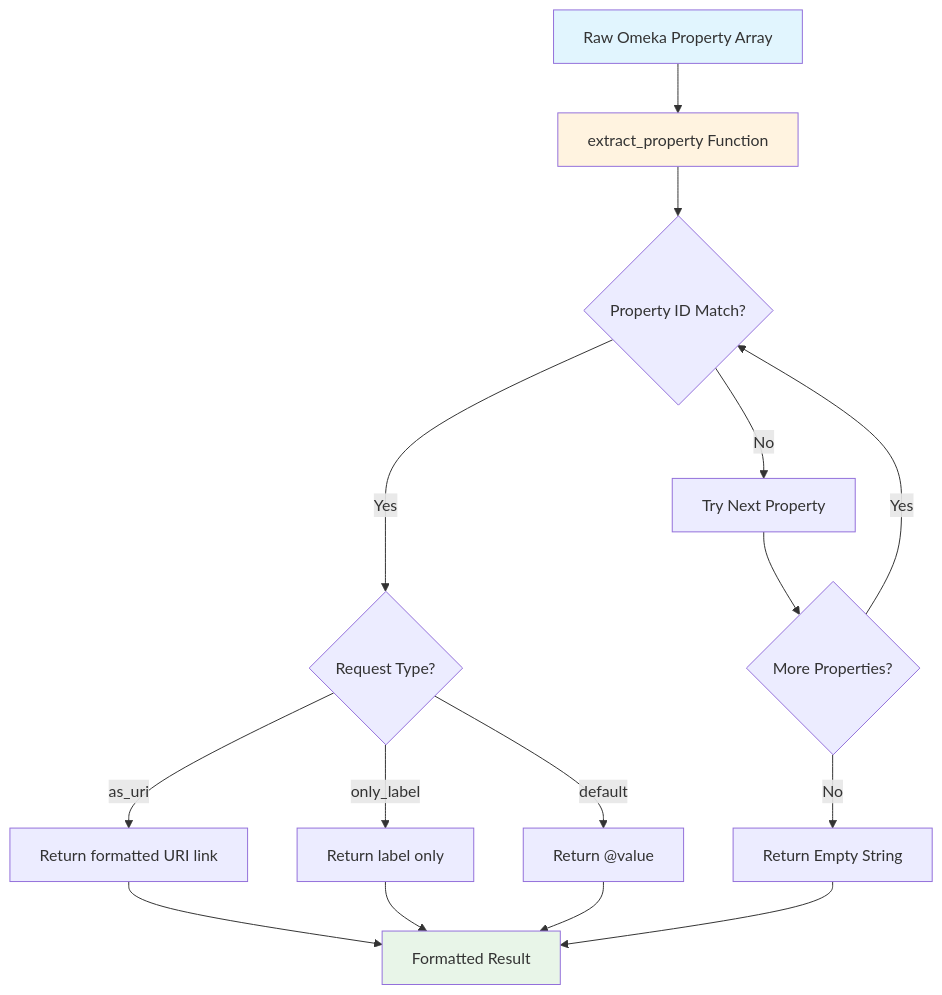
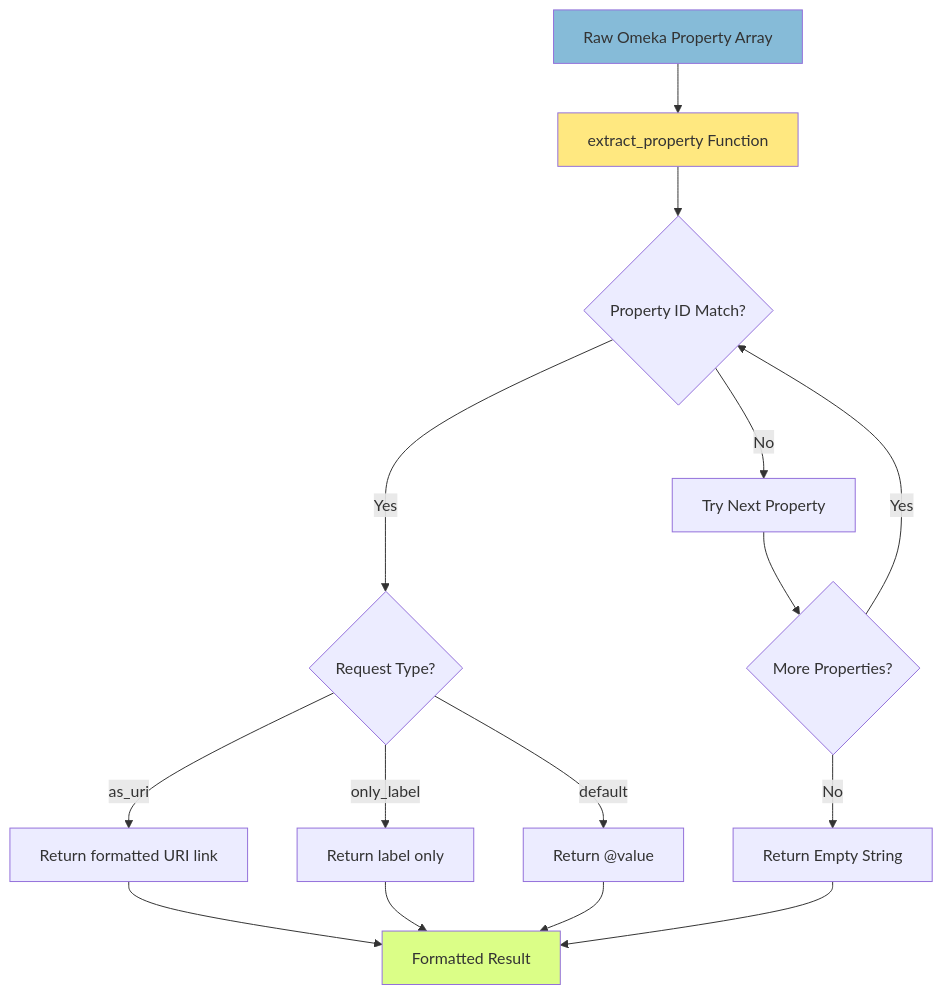
The fifth of 16 diagrams in docs/workflows/index.qmd (Stadt-Geschichte-Basel/omeka2dsp), drawn with Mermaid before and after one commit. The commit also changed other lines of this file and 22 other files, not shown here.

````diff
--- a/docs/workflows/index.qmd
+++ b/docs/workflows/index.qmd
@@ -187,24 +187,24 @@
 ```{mermaid}
 flowchart TD
     A[Raw Omeka Property Array] --> B[extract_property Function]
     B --> C{Property ID Match?}
     C -->|No| D[Try Next Property]
     C -->|Yes| E{Request Type?}
     
     E -->|as_uri| F[Return formatted URI link]
     E -->|only_label| G[Return label only]
     E -->|default| H[Return @value]
     
     D --> I{More Properties?}
     I -->|Yes| C
     I -->|No| J[Return Empty String]
     
     F --> K[Formatted Result]
     G --> K
     H --> K
     J --> K
     
-    style A fill:#e1f5fe
-    style K fill:#e8f5e8
-    style B fill:#fff3e0
+    style A fill:#86bbd8
+    style K fill:#dbfe87
+    style B fill:#ffe880
 ```
````
